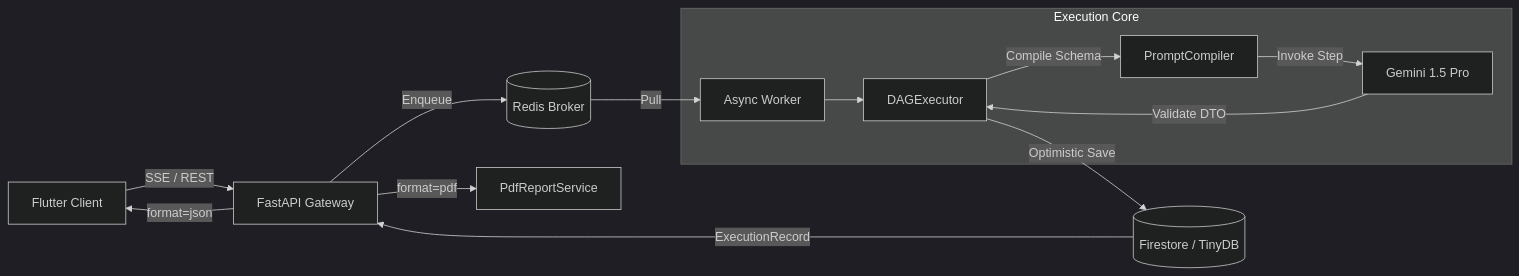
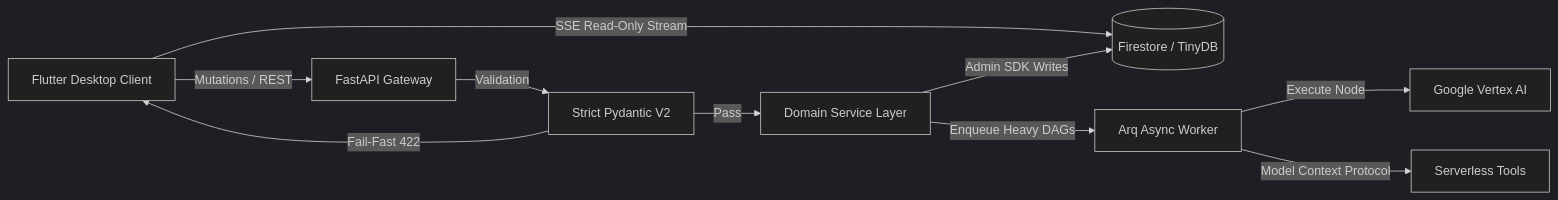
Before and after one commit to launis/quorum: the diagram in README.md, drawn with Mermaid (dark theme). The commit also changed other lines of this file and 83 other files, not shown here.

````diff
--- a/README.md
+++ b/README.md
@@ -37,18 +40,12 @@
 ```mermaid
 graph LR
-    User[Flutter Client] -->|SSE / REST| API[FastAPI Gateway]
-    API -->|Enqueue| Redis[(Redis Broker)]
-    Redis -->|Pull| Worker[Async Worker]
-    
-    subgraph "Execution Core"
-        Worker --> Engine[DAGExecutor]
-        Engine -->|Compile Schema| PC[PromptCompiler]
-        PC -->|Invoke Step| LLM[Gemini 1.5 Pro]
-        LLM -->|Validate DTO| Engine
-    end
-    
-    Engine -->|Optimistic Save| DB[(Firestore / TinyDB)]
-    DB -->|ExecutionRecord| API
-    API -->|format=json| User
-    API -->|format=pdf| PDF[PdfReportService]
+    User[Flutter Desktop Client] -->|SSE Read-Only Stream| DB[(Firestore / TinyDB)]
+    User -->|Mutations / REST| API[FastAPI Gateway]
+    API -->|Validation| PYD[Strict Pydantic V2]
+    PYD -->|Pass| SERV[Domain Service Layer]
+    PYD -->|Fail-Fast 422| User
+    SERV -->|Admin SDK Writes| DB
+    SERV -->|Enqueue Heavy DAGs| Worker[Arq Async Worker]
+    Worker -->|Execute Node| LLM[Google Vertex AI]
+    Worker -->|Model Context Protocol| MCP[Serverless Tools]
 ```
````
